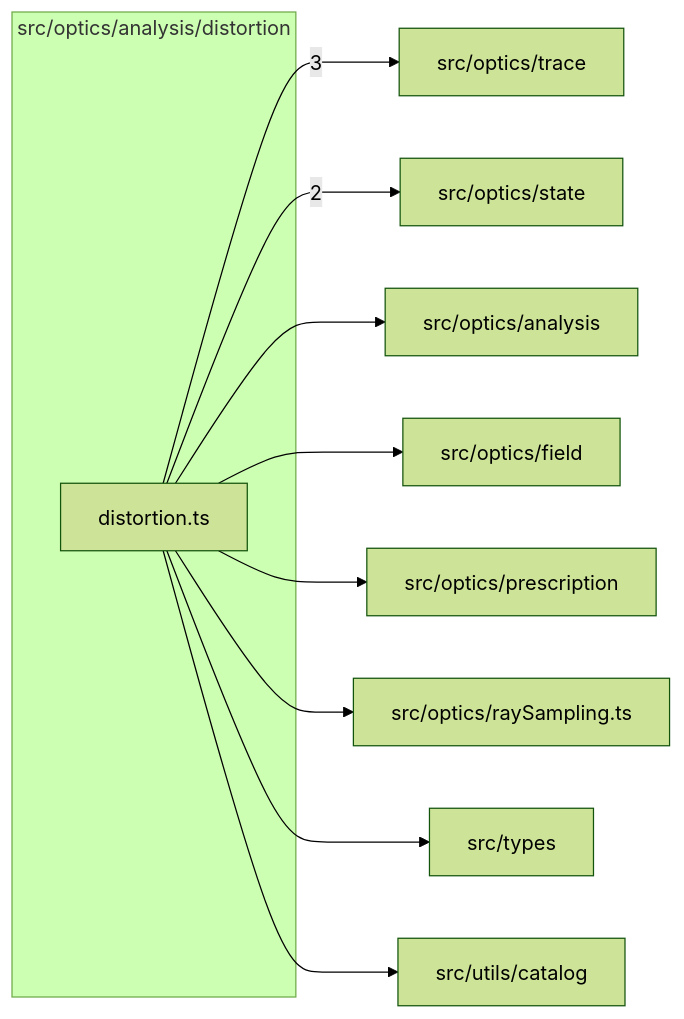
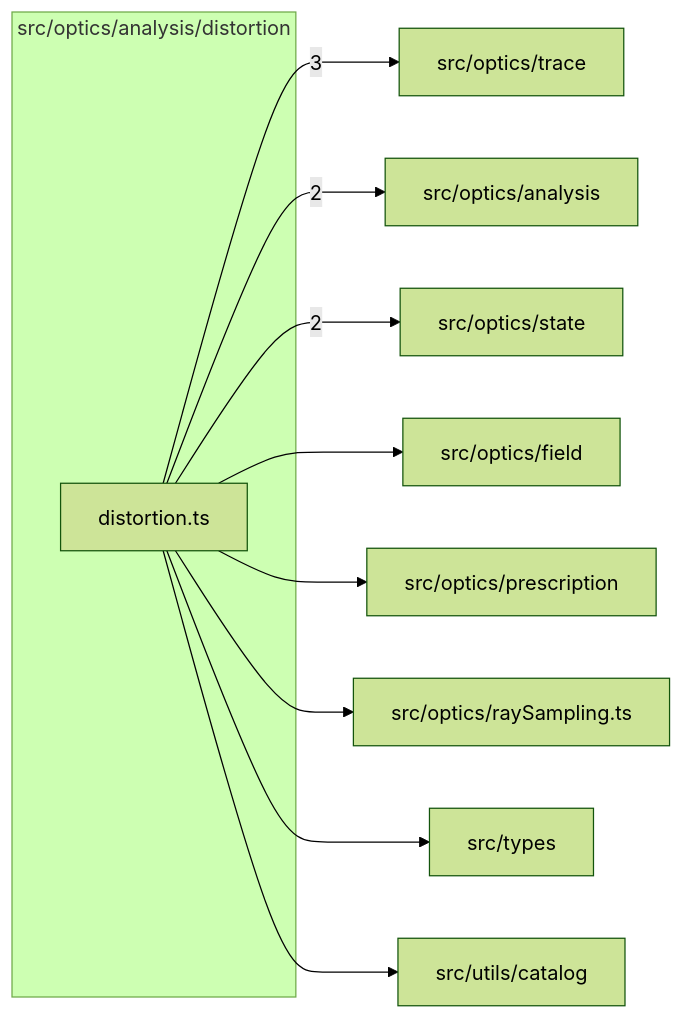
The diagram in src/optics/analysis/distortion/readme.md (ronbuening/LensVisualizer), drawn with Mermaid (forest theme) before and after one commit. The commit also changed other lines of this file and 34 other files, not shown here.

````diff
--- a/src/optics/analysis/distortion/readme.md
+++ b/src/optics/analysis/distortion/readme.md
@@ -9,22 +9,22 @@
 ```mermaid
 flowchart LR
   subgraph n_src_optics_analysis_distortion["src/optics/analysis/distortion"]
     n_src_optics_analysis_distortion_src_optics_analysis_distortion_distortion_ts["distortion.ts"]
   end
   n_external_src_optics_trace["src/optics/trace"]
+  n_external_src_optics_analysis["src/optics/analysis"]
   n_external_src_optics_state["src/optics/state"]
-  n_external_src_optics_analysis["src/optics/analysis"]
   n_external_src_optics_field["src/optics/field"]
   n_external_src_optics_prescription["src/optics/prescription"]
   n_external_src_optics_raySampling_ts["src/optics/raySampling.ts"]
   n_external_src_types["src/types"]
   n_external_src_utils_catalog["src/utils/catalog"]
   n_src_optics_analysis_distortion_src_optics_analysis_distortion_distortion_ts --> |3| n_external_src_optics_trace
+  n_src_optics_analysis_distortion_src_optics_analysis_distortion_distortion_ts --> |2| n_external_src_optics_analysis
   n_src_optics_analysis_distortion_src_optics_analysis_distortion_distortion_ts --> |2| n_external_src_optics_state
-  n_src_optics_analysis_distortion_src_optics_analysis_distortion_distortion_ts --> n_external_src_optics_analysis
   n_src_optics_analysis_distortion_src_optics_analysis_distortion_distortion_ts --> n_external_src_optics_field
   n_src_optics_analysis_distortion_src_optics_analysis_distortion_distortion_ts --> n_external_src_optics_prescription
   n_src_optics_analysis_distortion_src_optics_analysis_distortion_distortion_ts --> n_external_src_optics_raySampling_ts
   n_src_optics_analysis_distortion_src_optics_analysis_distortion_distortion_ts --> n_external_src_types
   n_src_optics_analysis_distortion_src_optics_analysis_distortion_distortion_ts --> n_external_src_utils_catalog
 ```
````
